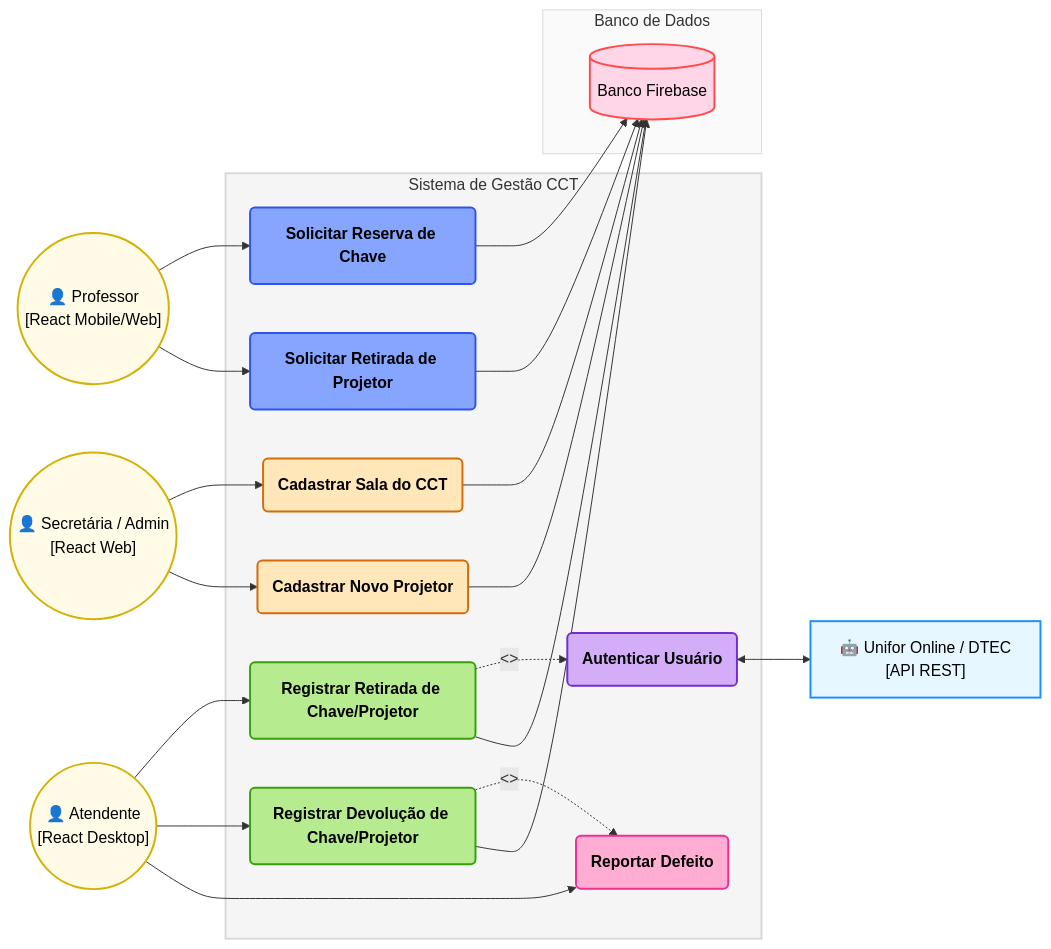
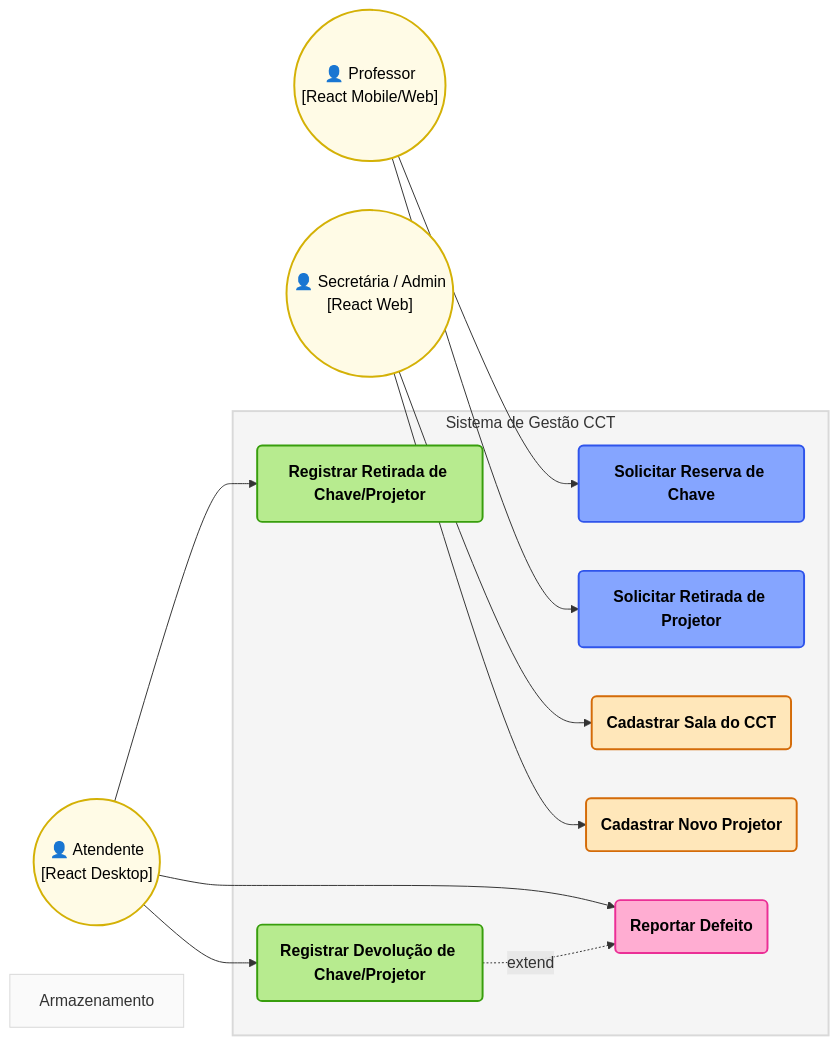
Before and after one commit to manurpss/requisitos-2026-grupo-B: the diagram in README.md, drawn with Mermaid. The commit also changed other lines of this file, not shown here.

Commit message:
Revise README with interview insights and use case diagrams

````diff
--- a/README.md
+++ b/README.md
@@ -5,155 +24,58 @@
- ```mermaid
+```mermaid
 graph LR
+    %% ----------------------------------------------------
+    %% DEFINIÇÃO DOS ATORES
+    %% ----------------------------------------------------
+    Prof(("👤 Professor <br> [React Mobile/Web]")):::ator
+    Atend(("👤 Atendente <br> [React Desktop]")):::ator
+    Sec(("👤 Secretária / Admin <br> [React Web]")):::ator
 
     %% ----------------------------------------------------
+    %% FRONTEIRA DO SISTEMA (ESCOPO)
+    %% ----------------------------------------------------
+    subgraph Box [Sistema de Gestão CCT]
+        %% Casos de Uso do Professor (Azul)
+        UC1("Solicitar Reserva de Chave"):::azul
+        UC2("Solicitar Retirada de Projetor"):::azul
+        
+        %% Casos de Uso da Secretária (Amarelo/Laranja)
+        UC6("Cadastrar Sala do CCT"):::laranja
+        UC7("Cadastrar Novo Projetor"):::laranja
 
-    %% DEFINIÇÃO DOS ATORES
+        %% Casos de Uso do Atendente (Verde)
+        UC3("Registrar Retirada de Chave/Projetor"):::verde
+        UC4("Registrar Devolução de Chave/Projetor"):::verde
+        
+        %% Caso de Uso de Exceção/Defeito (Rosa/Vermelho)
+        UC5("Reportar Defeito"):::rosa
+    end
 
     %% ----------------------------------------------------
-
-    Prof(("👤 Professor <br> [React Mobile/Web]")):::ator
-
-    Atend(("👤 Atendente <br> [React Desktop]")):::ator
-
-    Sec(("👤 Secretária / Admin <br> [React Web]")):::ator
-
-    Unifor["🤖 Unifor Online / DTEC <br> [API REST]"]:::sistema
-
-
-
+    %% LIGAÇÕES / RELACIONAMENTOS
     %% ----------------------------------------------------
-
-    %% FRONTEIRA DO SISTEMA (ESCOPO)
-
-    %% ----------------------------------------------------
-
-    subgraph Box [Sistema de Gestão CCT]
-
-        %% Casos de Uso do Professor (Azul)
-
-        UC1("Solicitar Reserva de Chave"):::azul
-
-        UC2("Solicitar Retirada de Projetor"):::azul
-
-        
-
-        %% Casos de Uso do Atendente (Verde)
-
-        UC3("Registrar Retirada de Chave/Projetor"):::verde
-
-        UC4("Registrar Devolução de Chave/Projetor"):::verde
-
-        
-
-        %% Caso de Uso de Exceção/Defeito (Rosa/Vermelho)
-
-        UC5("Reportar Defeito"):::rosa
-
-        
-
-        %% Casos de Uso da Secretária (Amarelo/Laranja)
-
-        UC6("Cadastrar Sala do CCT"):::laranja
-
-        UC7("Cadastrar Novo Projetor"):::laranja
-
-        
-
-        %% Caso de Uso de Sistema/Segurança (Roxo)
-
-        UC8("Autenticar Usuário"):::roxo
-
-    end
-
-
-
-    %% ----------------------------------------------------
-
-    %% BANCO DE DADOS
-
-    %% ----------------------------------------------------
-
-    subgraph Armazenamento [Banco de Dados]
-
-        DB[(Banco Firebase)]:::bd
-
-    end
-
-
-
-    %% ----------------------------------------------------
-
-    %% LIGAÇÕES / RELACIONAMENTOS
-
-    %% ----------------------------------------------------
-
     Prof --> UC1
-
     Prof --> UC2
 
-
+    Sec --> UC6
+    Sec --> UC7
 
     Atend --> UC3
-
     Atend --> UC4
-
     Atend --> UC5
 
+    UC4 -.->|extend| UC5
 
-
-    Sec --> UC6
-
-    Sec --> UC7
-
-
-
-    UC4 -.->|"<<extend>>"| UC5
-
-    UC3 -.->|"<<include>>"| UC8
-
-    UC8 <--> Unifor
-
-
-
-    UC1 --> DB
-
-    UC2 --> DB
-
-    UC3 --> DB
-
-    UC4 --> DB
-
-    UC6 --> DB
-
-    UC7 --> DB
-
-
-
+    
     %% ----------------------------------------------------
-
     %% ESTILIZAÇÃO DE CORES (Estilo do Exemplo)
-
     %% ----------------------------------------------------
-
     classDef azul fill:#85a5ff,stroke:#2f54eb,stroke-width:2px,color:#000,font-weight:bold;
-
     classDef verde fill:#b7eb8f,stroke:#389e0d,stroke-width:2px,color:#000,font-weight:bold;
-
     classDef rosa fill:#ffadd2,stroke:#eb2f96,stroke-width:2px,color:#000,font-weight:bold;
-
     classDef laranja fill:#ffe7ba,stroke:#d46b08,stroke-width:2px,color:#000,font-weight:bold;
-
-    classDef roxo fill:#d3adf7,stroke:#722ed1,stroke-width:2px,color:#000,font-weight:bold;
-
     classDef bd fill:#ffd6e7,stroke:#ff4d4f,stroke-width:2px,color:#000;
-
     classDef ator fill:#fffbe6,stroke:#d4b106,stroke-width:2px,color:#000;
 
-    classDef sistema fill:#e6f7ff,stroke:#1890ff,stroke-width:2px,color:#000;
-
-
-
     style Box fill:#f5f5f5,stroke:#d9d9d9,stroke-width:2px;
-
     style Armazenamento fill:#fafafa,stroke:#d9d9d9;
  ```
````
